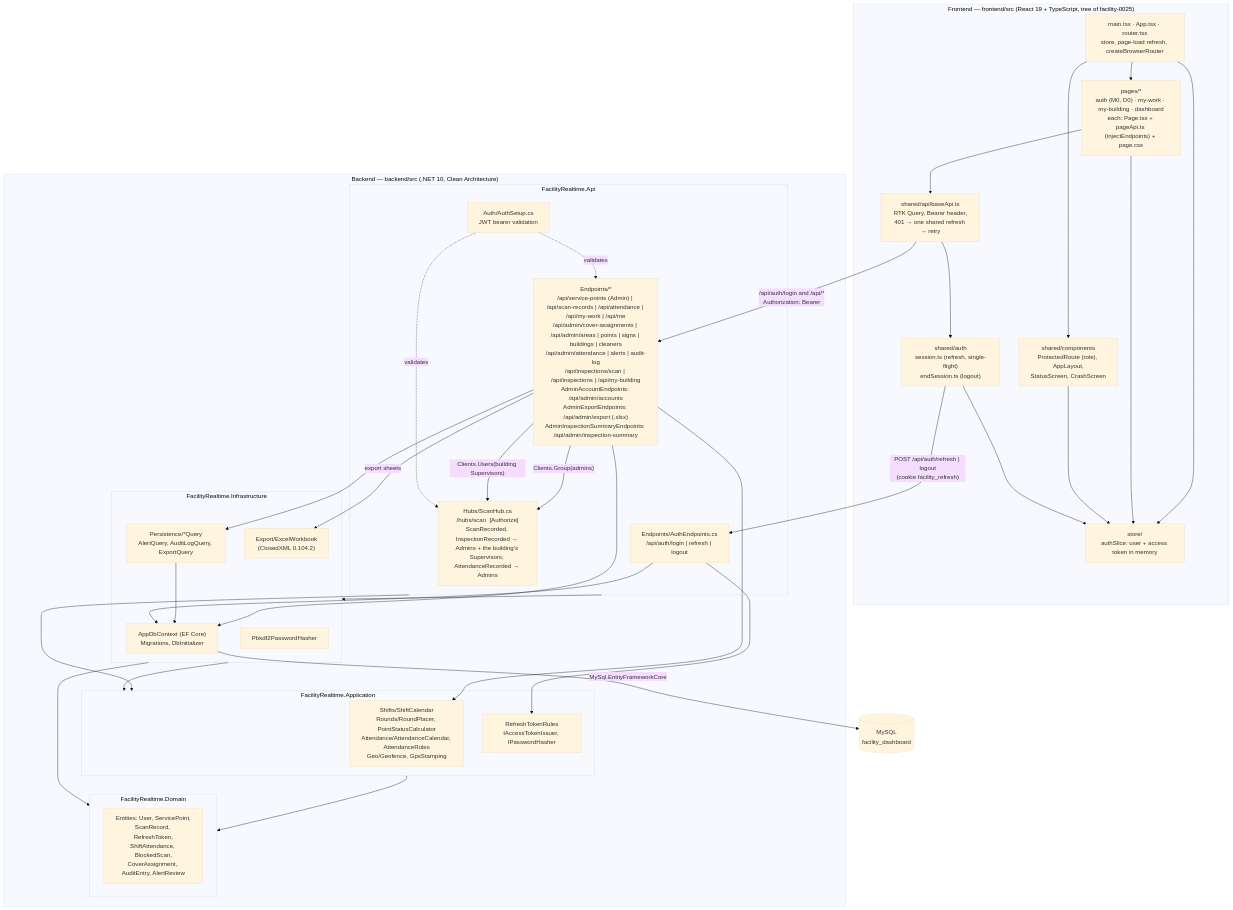
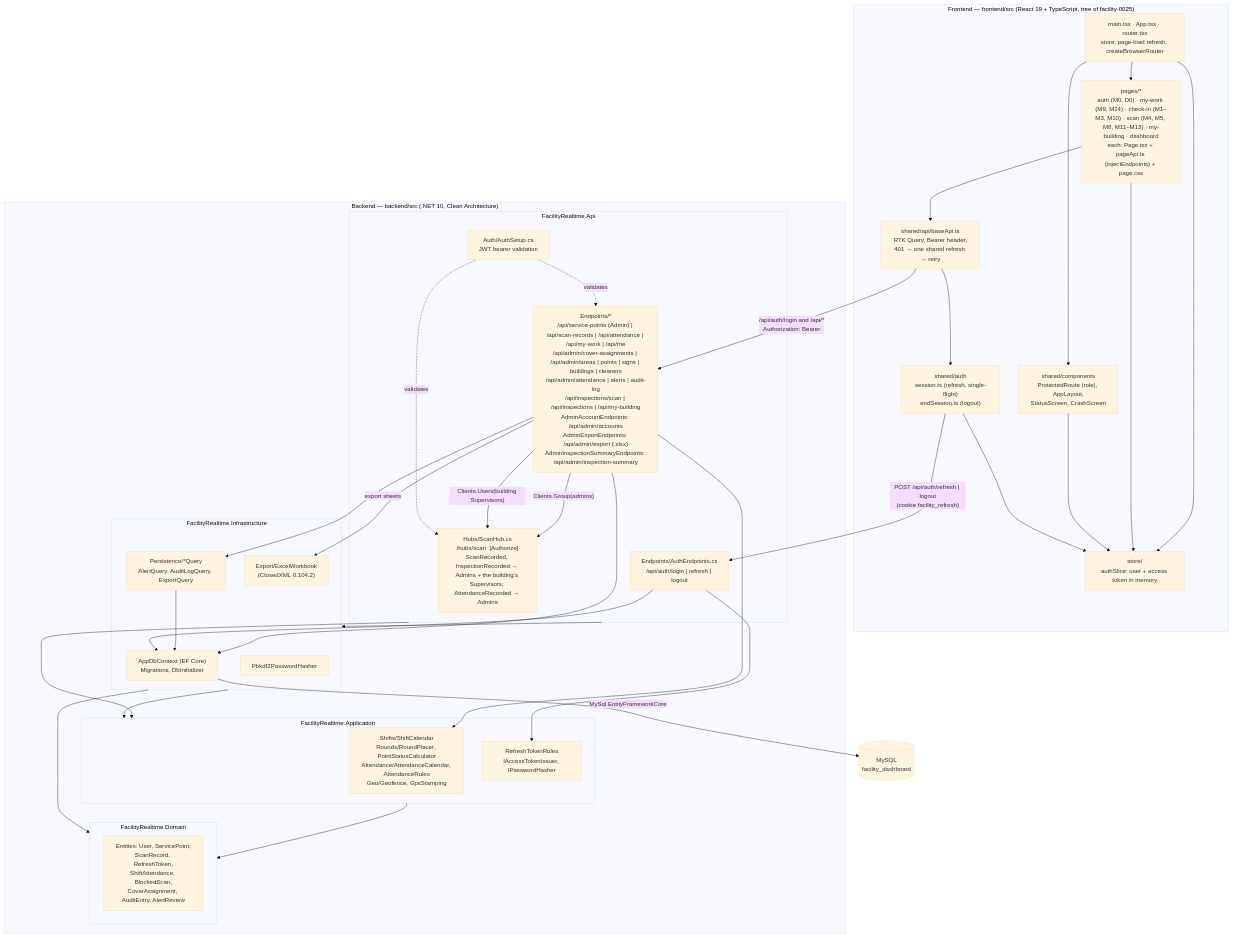
Before and after one commit to ThodsaphonSonthiphin/Facility-Real-time-dashboard: the third of 6 diagrams in docs/architecture.md, drawn with Mermaid (base theme). The commit also changed other lines of this file and 10 other files, not shown here.

Commit message:
docs: Cleaner phone in README, architecture and handoff; ADR amendments for sign URLs, GPS, blocked scans and resend

````diff
--- a/docs/architecture.md
+++ b/docs/architecture.md
@@ -109,62 +109,62 @@
 ```mermaid
 flowchart TB
     subgraph FE["Frontend — frontend/src (React 19 + TypeScript, tree of facility-0025)"]
         AppF["main.tsx · App.tsx · router.tsx<br/>store, page-load refresh, createBrowserRouter"]
-        Pages["pages/*<br/>auth (M0, D0) · my-work · my-building · dashboard<br/>each: Page.tsx + pageApi.ts (injectEndpoints) + page.css"]
+        Pages["pages/*<br/>auth (M0, D0) · my-work (M9, M14) · check-in (M1–M3, M10) · scan (M4, M5, M8, M11–M13) · my-building · dashboard<br/>each: Page.tsx + pageApi.ts (injectEndpoints) + page.css"]
         Store["store/<br/>authSlice: user + access token in memory"]
         BaseApi["shared/api/baseApi.ts<br/>RTK Query, Bearer header,<br/>401 → one shared refresh → retry"]
         Session["shared/auth<br/>session.ts (refresh, single-flight)<br/>endSession.ts (logout)"]
         Guard["shared/components<br/>ProtectedRoute (role), AppLayout,<br/>StatusScreen, CrashScreen"]
     end
 
     subgraph BE["Backend — backend/src (.NET 10, Clean Architecture)"]
         subgraph ApiP["FacilityRealtime.Api"]
             Ep["Endpoints/*<br/>/api/service-points (Admin) | /api/scan-records | /api/attendance | /api/my-work | /api/me<br/>/api/admin/cover-assignments | /api/admin/areas | points | signs | buildings | cleaners<br/>/api/admin/attendance | alerts | audit-log<br/>/api/inspections/scan | /api/inspections | /api/my-building<br/>AdminAccountEndpoints: /api/admin/accounts<br/>AdminExportEndpoints: /api/admin/export (.xlsx)<br/>AdminInspectionSummaryEndpoints: /api/admin/inspection-summary"]
             AuthEp["Endpoints/AuthEndpoints.cs<br/>/api/auth/login | refresh | logout"]
             Hub["Hubs/ScanHub.cs<br/>/hubs/scan  [Authorize]<br/>ScanRecorded, InspectionRecorded → Admins + the building's Supervisors; AttendanceRecorded → Admins"]
             Jwt["Auth/AuthSetup.cs<br/>JWT bearer validation"]
         end
         subgraph AppP["FacilityRealtime.Application"]
             Status["Shifts/ShiftCalendar<br/>Rounds/RoundPlacer, PointStatusCalculator<br/>Attendance/AttendanceCalendar, AttendanceRules<br/>Geo/Geofence, GpsStamping"]
             Rules["RefreshTokenRules<br/>IAccessTokenIssuer, IPasswordHasher"]
         end
         subgraph InfP["FacilityRealtime.Infrastructure"]
             Ctx["AppDbContext (EF Core)<br/>Migrations, DbInitializer"]
             Hash["Pbkdf2PasswordHasher"]
             Reads["Persistence/*Query<br/>AlertQuery, AuditLogQuery, ExportQuery"]
             Xlsx["Export/ExcelWorkbook<br/>(ClosedXML 0.104.2)"]
         end
         subgraph DomP["FacilityRealtime.Domain"]
             Ent["Entities: User, ServicePoint,<br/>ScanRecord, RefreshToken,<br/>ShiftAttendance, BlockedScan,<br/>CoverAssignment, AuditEntry, AlertReview"]
         end
     end
 
     DB[("MySQL<br/>facility_dashboard")]
 
     AppF --> Pages & Guard & Store
     Pages --> BaseApi
     Pages --> Store
     Guard --> Store
     BaseApi --> Session
     Session --> Store
     Session -->|"POST /api/auth/refresh | logout<br/>(cookie facility_refresh)"| AuthEp
     BaseApi -->|"/api/auth/login and /api/*<br/>Authorization: Bearer"| Ep
 
     Ep --> Status
     Ep --> Ctx
     Ep --> Reads
     Ep -->|"export sheets"| Xlsx
     Reads --> Ctx
     Ep -->|"Clients.Group(admins)"| Hub
     Ep -->|"Clients.Users(building Supervisors)"| Hub
     AuthEp --> Rules
     AuthEp --> Ctx
     Jwt -.->|validates| Ep & Hub
 
     ApiP --> AppP
     ApiP --> InfP
     InfP --> AppP
     AppP --> DomP
     InfP --> DomP
     Ctx -->|"MySql.EntityFrameworkCore"| DB
 ```
````
